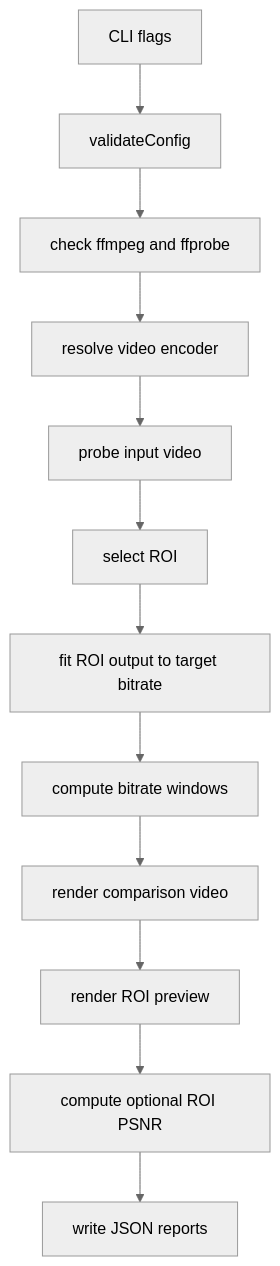
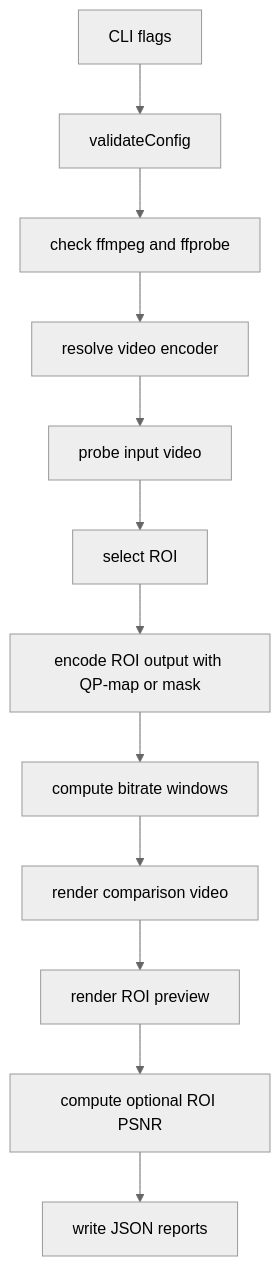
One commit to Manabreaker/ROI_based_video_encoding changed the first of 3 diagrams in docs/overview.md. Above: the diagram before and after it, drawn with Mermaid (neutral theme). The commit also changed other lines of this file and 15 other files, not shown here.

Commit message:
feat: implement encoder-level ROI control with QP-map support and enhance configuration options

````diff
--- a/docs/overview.md
+++ b/docs/overview.md
@@ -39,14 +39,14 @@
 ```mermaid
 flowchart TD
     A["CLI flags"] --> B["validateConfig"]
     B --> C["check ffmpeg and ffprobe"]
     C --> D["resolve video encoder"]
     D --> E["probe input video"]
     E --> F["select ROI"]
-    F --> G["fit ROI output to target bitrate"]
+    F --> G["encode ROI output with QP-map or mask"]
     G --> H["compute bitrate windows"]
     H --> I["render comparison video"]
     I --> J["render ROI preview"]
     J --> K["compute optional ROI PSNR"]
     K --> L["write JSON reports"]
 ```
````
